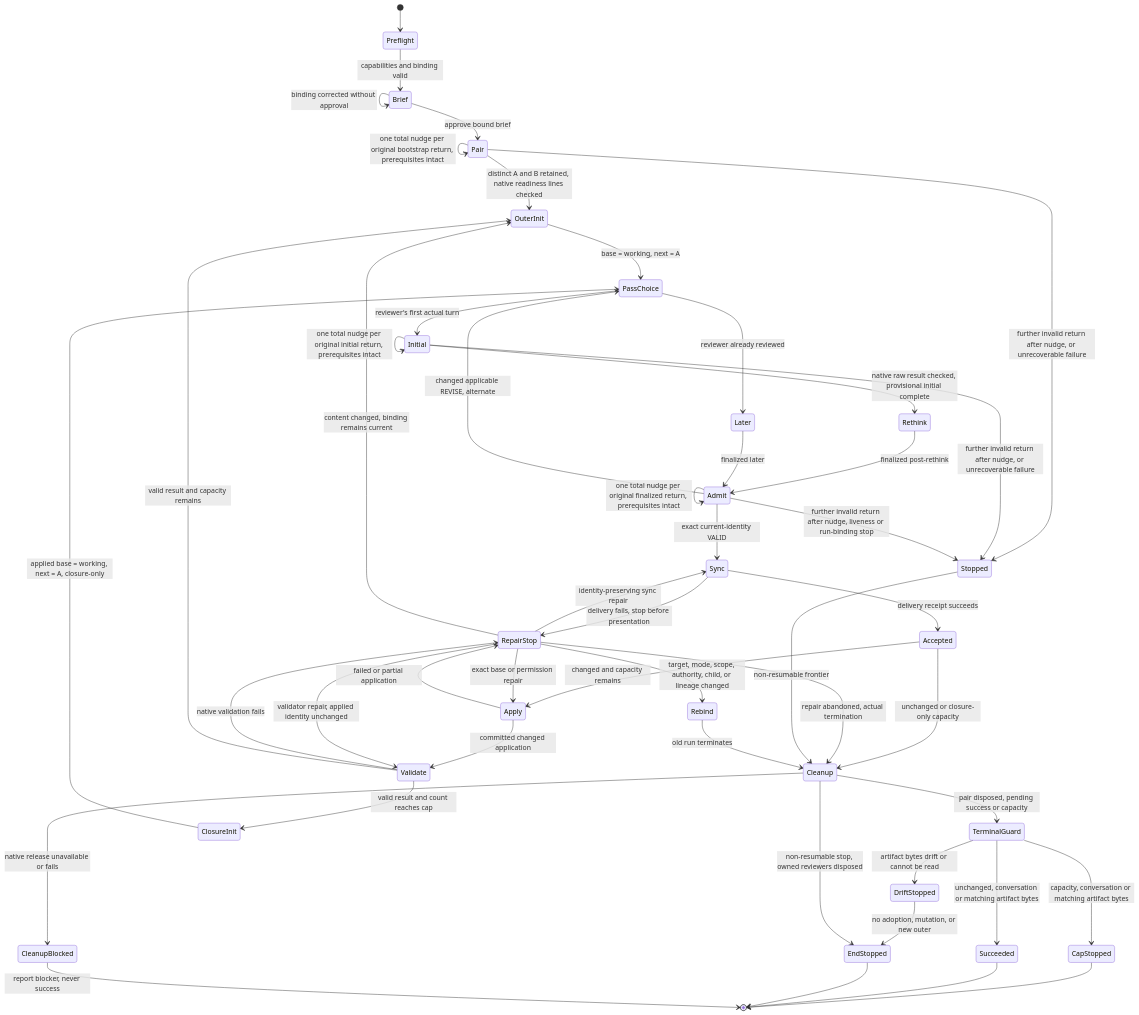
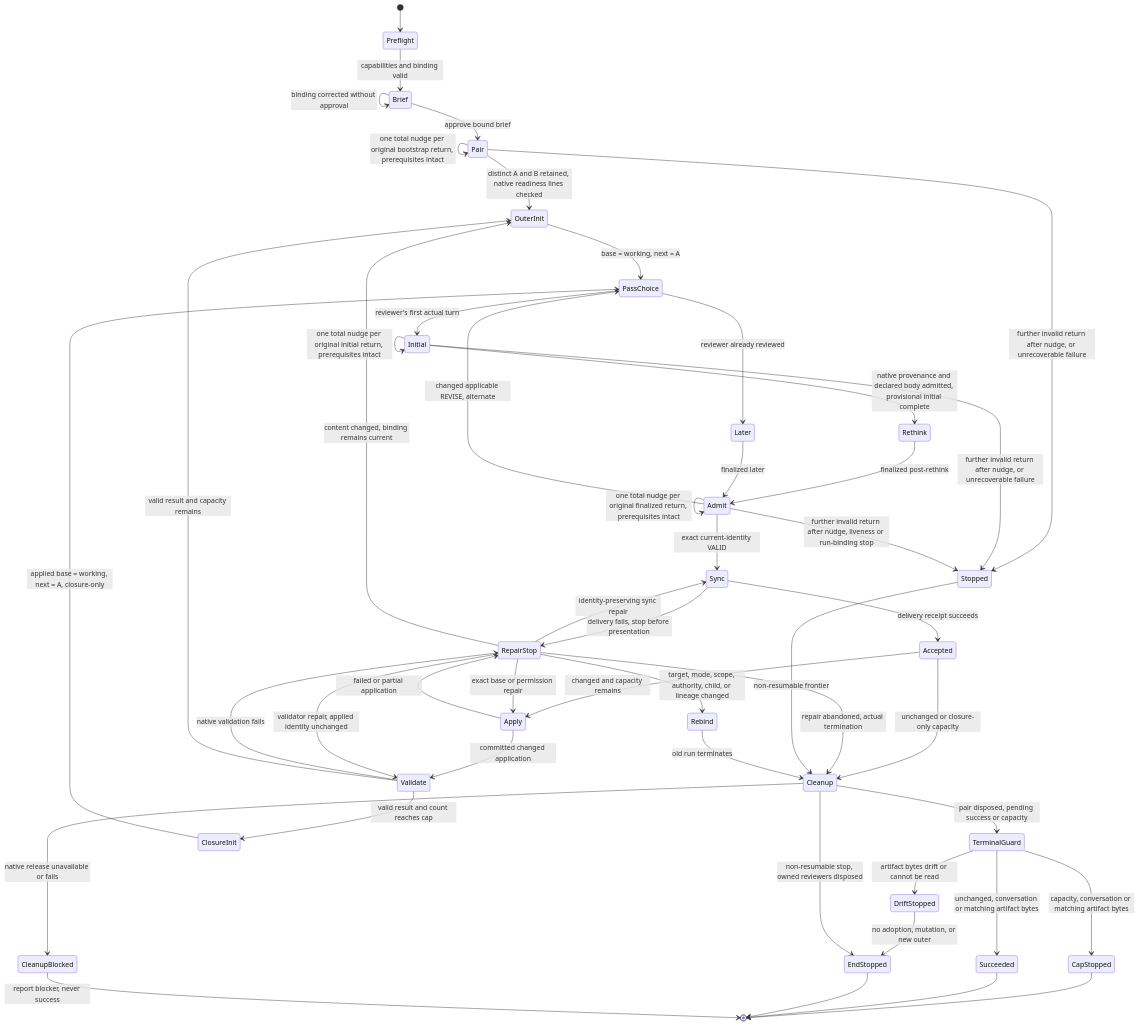
The diagram in .config/agents/skills/reconcile/references/execution-flow.md (kimprap/dotfiles), drawn with Mermaid before and after one commit. The commit also changed other lines of this file and 8 other files, not shown here.

````diff
--- a/.config/agents/skills/reconcile/references/execution-flow.md
+++ b/.config/agents/skills/reconcile/references/execution-flow.md
@@ -10,53 +10,53 @@
 ```mermaid
 stateDiagram-v2
     [*] --> Preflight
     Preflight --> Brief: capabilities and binding valid
     Brief --> Brief: binding corrected without approval
     Brief --> Pair: approve bound brief
     Pair --> OuterInit: distinct A and B retained, native readiness lines checked
     Pair --> Pair: one total nudge per original bootstrap return, prerequisites intact
     Pair --> Stopped: further invalid return after nudge, or unrecoverable failure
     OuterInit --> PassChoice: base = working, next = A
     state PassChoice <<choice>>
     PassChoice --> Initial: reviewer's first actual turn
     PassChoice --> Later: reviewer already reviewed
-    Initial --> Rethink: native raw result checked, provisional initial complete
+    Initial --> Rethink: native provenance and declared body admitted, provisional initial complete
     Initial --> Initial: one total nudge per original initial return, prerequisites intact
     Initial --> Stopped: further invalid return after nudge, or unrecoverable failure
     Rethink --> Admit: finalized post-rethink
     Later --> Admit: finalized later
     Admit --> Admit: one total nudge per original finalized return, prerequisites intact
     Admit --> PassChoice: changed applicable REVISE, alternate
     Admit --> Sync: exact current-identity VALID
     Admit --> Stopped: further invalid return after nudge, liveness or run-binding stop
     Sync --> RepairStop: delivery fails, stop before presentation
     Sync --> Accepted: delivery receipt succeeds
     state Accepted <<choice>>
     Accepted --> Cleanup: unchanged or closure-only capacity
     Cleanup --> TerminalGuard: pair disposed, pending success or capacity
     TerminalGuard --> DriftStopped: artifact bytes drift or cannot be read
     Accepted --> Apply: changed and capacity remains
     Apply --> RepairStop: failed or partial application
     Apply --> Validate: committed changed application
     Validate --> RepairStop: native validation fails
     Validate --> ClosureInit: valid result and count reaches cap
     Validate --> OuterInit: valid result and capacity remains
     ClosureInit --> PassChoice: applied base = working, next = A, closure-only
     RepairStop --> Sync: identity-preserving sync repair
     RepairStop --> Apply: exact base or permission repair
     RepairStop --> Validate: validator repair, applied identity unchanged
     RepairStop --> OuterInit: content changed, binding remains current
     RepairStop --> Rebind: target, mode, scope, authority, child, or lineage changed
     RepairStop --> Cleanup: repair abandoned, actual termination
     DriftStopped --> EndStopped: no adoption, mutation, or new outer
     Stopped --> Cleanup: non-resumable frontier
     Rebind --> Cleanup: old run terminates
     TerminalGuard --> Succeeded: unchanged, conversation or matching artifact bytes
     TerminalGuard --> CapStopped: capacity, conversation or matching artifact bytes
     Cleanup --> EndStopped: non-resumable stop, owned reviewers disposed
     Cleanup --> CleanupBlocked: native release unavailable or fails
     CapStopped --> [*]
     Succeeded --> [*]
     EndStopped --> [*]
     CleanupBlocked --> [*]: report blocker, never success
 ```
````
